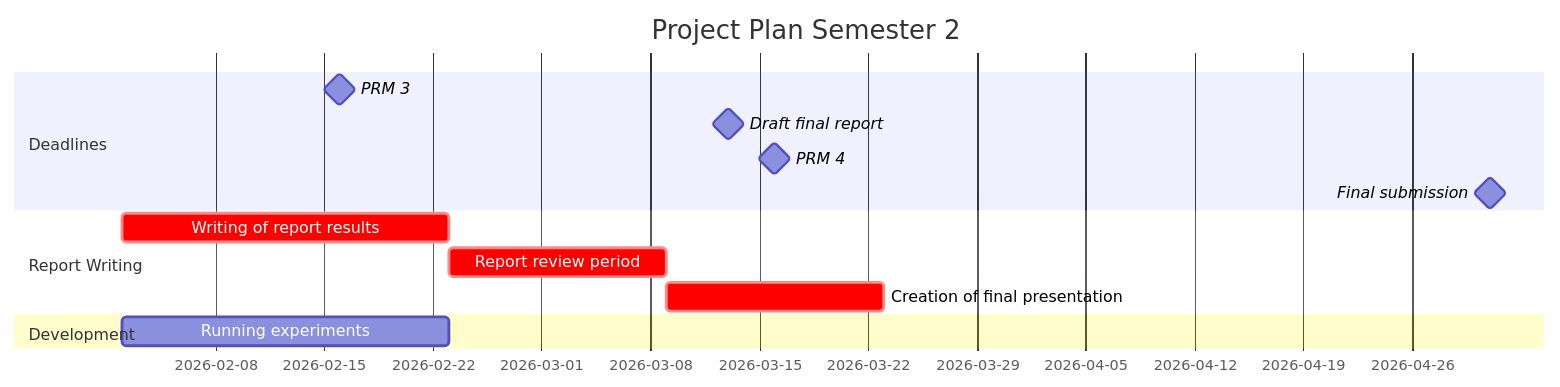
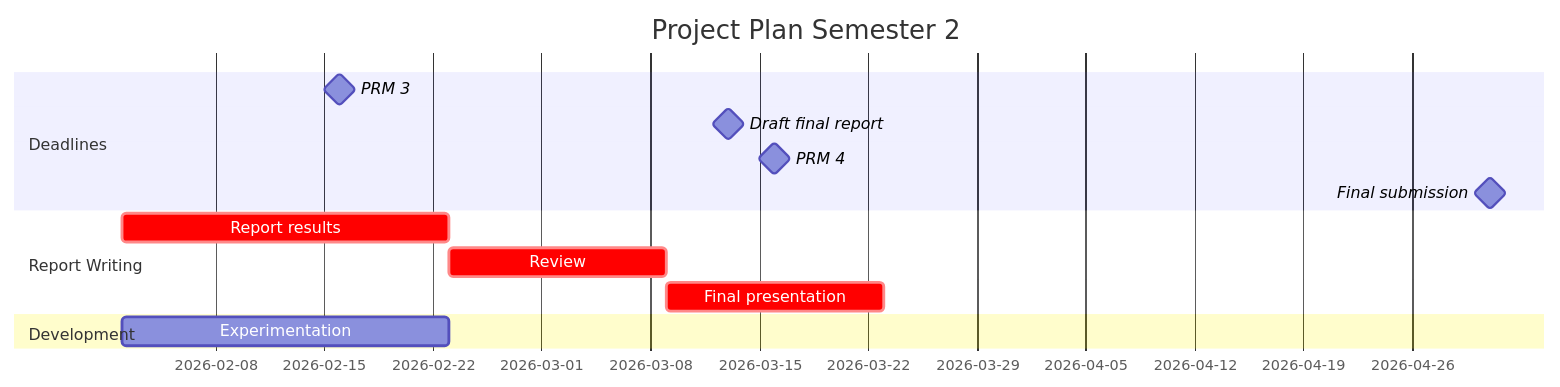
The second of 2 diagrams in deliverables/proposal_imgs/mermaid_source.md (coding-beagle/BETC-Mote), drawn with Mermaid before and after one commit. The commit also changed other lines of this file and 11 other files, not shown here.

````diff
--- a/deliverables/proposal_imgs/mermaid_source.md
+++ b/deliverables/proposal_imgs/mermaid_source.md
@@ -19,16 +19,16 @@
 ```mermaid
 gantt
     section Deadlines
       PRM 3: milestone, 2026-02-16,
       Draft final report : milestone, 2026-03-13,
       PRM 4: milestone, 2026-03-16,
       Final submission: milestone, 2026-05-01, 
     section Report Writing
       title Project Plan Semester 2
-      Writing of report results  :crit, 2026-02-02, 21d
-      Report review period :crit, 2026-02-23, 14d
-      Creation of final presentation: crit, 2026-03-09, 14d
+      Report results  :crit, 2026-02-02, 21d
+      Review :crit, 2026-02-23, 14d
+      Final presentation: crit, 2026-03-09, 14d
     section Development
-      Running experiments: 2026-02-02, 21d
+      Experimentation: 2026-02-02, 21d
 
 ```
````
